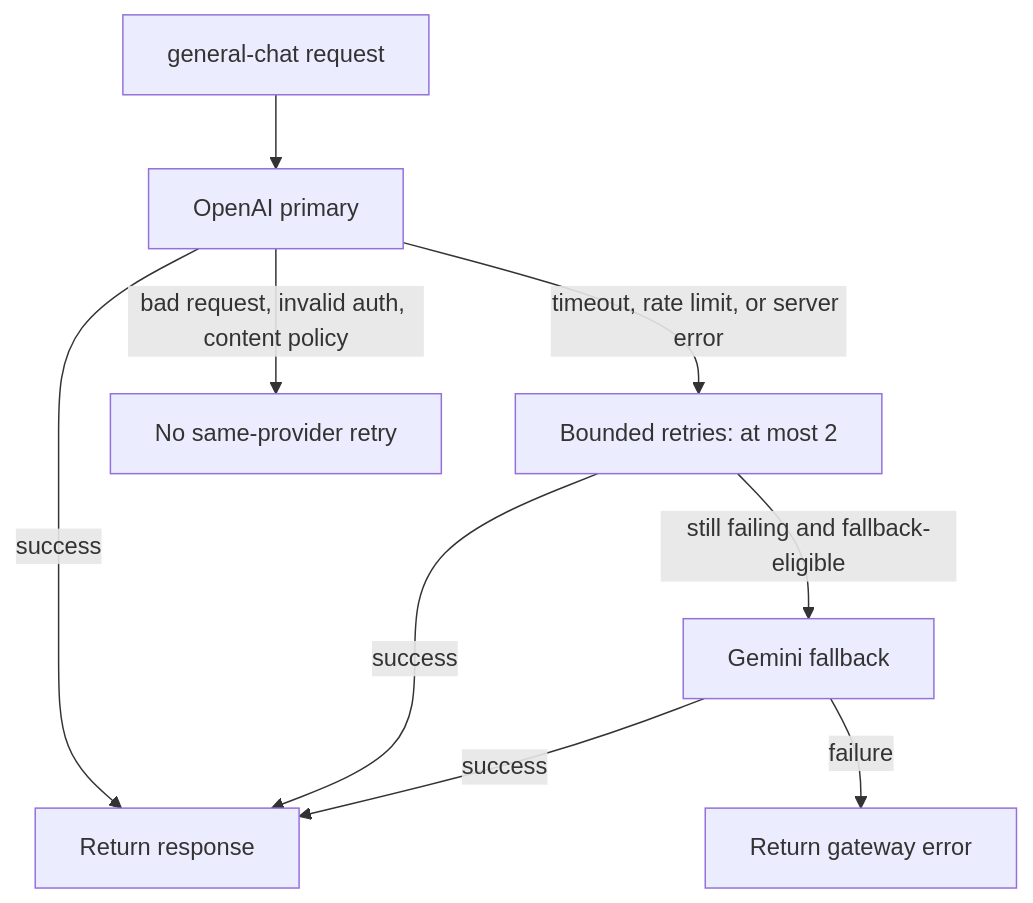
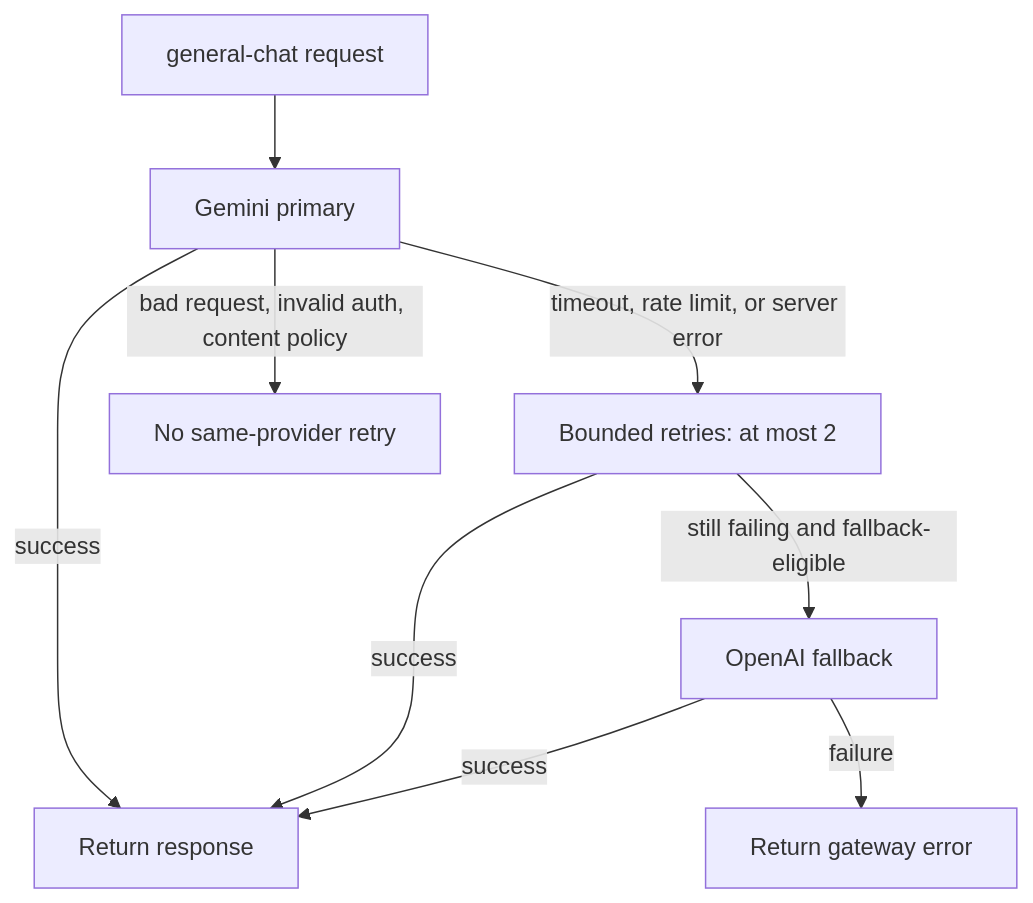
The diagram in docs/resilience.md (rifkikarimr/litellm-deployment), drawn with Mermaid before and after one commit. The commit also changed other lines of this file and 13 other files, not shown here.

Commit message:
feat: validate Gemini-primary OpenAI-fallback routing live

````diff
--- a/docs/resilience.md
+++ b/docs/resilience.md
@@ -7,11 +7,11 @@
 ```mermaid
 flowchart TD
-    Request[general-chat request] --> Primary[OpenAI primary]
+    Request[general-chat request] --> Primary[Gemini primary]
     Primary -->|success| Response[Return response]
     Primary -->|timeout, rate limit, or server error| Retry[Bounded retries: at most 2]
     Retry -->|success| Response
-    Retry -->|still failing and fallback-eligible| Fallback[Gemini fallback]
+    Retry -->|still failing and fallback-eligible| Fallback[OpenAI fallback]
     Fallback -->|success| Response
     Fallback -->|failure| Error[Return gateway error]
     Primary -->|bad request, invalid auth, content policy| FailFast[No same-provider retry]
 ```
````
